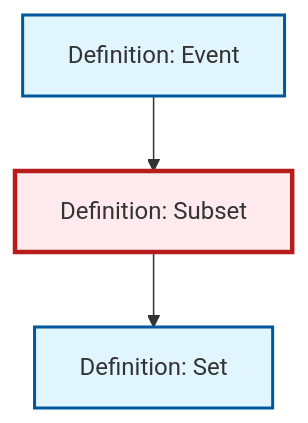
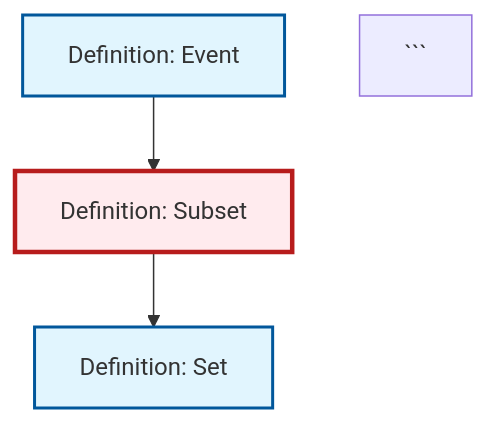
The diagram in output/mermaid/def-subset.mermaid (RK0429/ModernMath), drawn with Mermaid before and after one commit. The commit also changed 313 other files, not shown here.

````diff
--- a/output/mermaid/def-subset.mermaid
+++ b/output/mermaid/def-subset.mermaid
@@ -1,15 +1,14 @@
-```{mermaid}
 %%| fig-cap: "Local dependency graph"
 graph TD
     classDef definition fill:#e1f5fe,stroke:#01579b,stroke-width:2px
     classDef theorem fill:#f3e5f5,stroke:#4a148c,stroke-width:2px
     classDef axiom fill:#fff3e0,stroke:#e65100,stroke-width:2px
     classDef example fill:#e8f5e9,stroke:#1b5e20,stroke-width:2px
     classDef current fill:#ffebee,stroke:#b71c1c,stroke-width:3px
+    def-subset["Definition: Subset"]:::definition
+    def-set["Definition: Set"]:::definition
     def-event["Definition: Event"]:::definition
-    def-set["Definition: Set"]:::definition
-    def-subset["Definition: Subset"]:::definition
     def-subset --> def-set
     def-event --> def-subset
     class def-subset current
 ```
````
